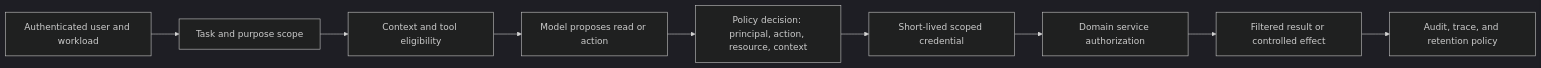
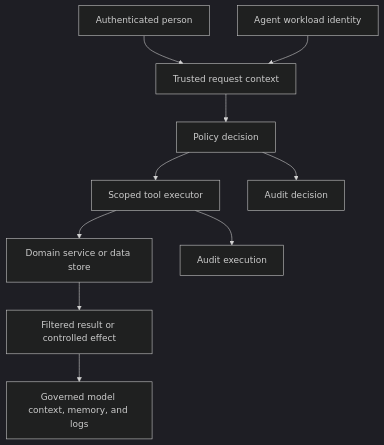
Before and after one commit to senlinyy/dev-roadmaps: the first of 6 diagrams in roadmaps/mlops/modules/llmops/safety-and-governance/02-permissions-and-data.md, drawn with Mermaid (dark theme). The commit also changed other lines of this file and 198 other files, not shown here.

````diff
--- a/roadmaps/mlops/modules/llmops/safety-and-governance/02-permissions-and-data.md
+++ b/roadmaps/mlops/modules/llmops/safety-and-governance/02-permissions-and-data.md
@@ -20,11 +45,12 @@
 ```mermaid
-flowchart LR
-    A[Authenticated user and workload] --> B[Task and purpose scope]
-    B --> C[Context and tool eligibility]
-    C --> D[Model proposes read or action]
-    D --> E[Policy decision: principal, action, resource, context]
-    E --> F[Short-lived scoped credential]
-    F --> G[Domain service authorization]
-    G --> H[Filtered result or controlled effect]
-    H --> I[Audit, trace, and retention policy]
+flowchart TD
+    A["Authenticated person"] --> C["Trusted request context"]
+    B["Agent workload identity"] --> C
+    C --> D["Policy decision"]
+    D --> E["Scoped tool executor"]
+    E --> F["Domain service or data store"]
+    F --> G["Filtered result or controlled effect"]
+    D --> H["Audit decision"]
+    E --> I["Audit execution"]
+    G --> J["Governed model context, memory, and logs"]
 ```
````
